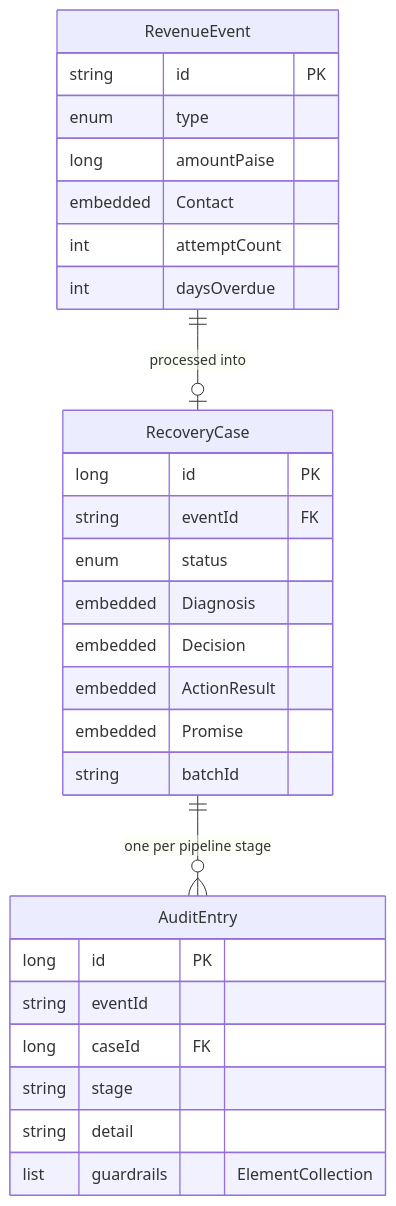
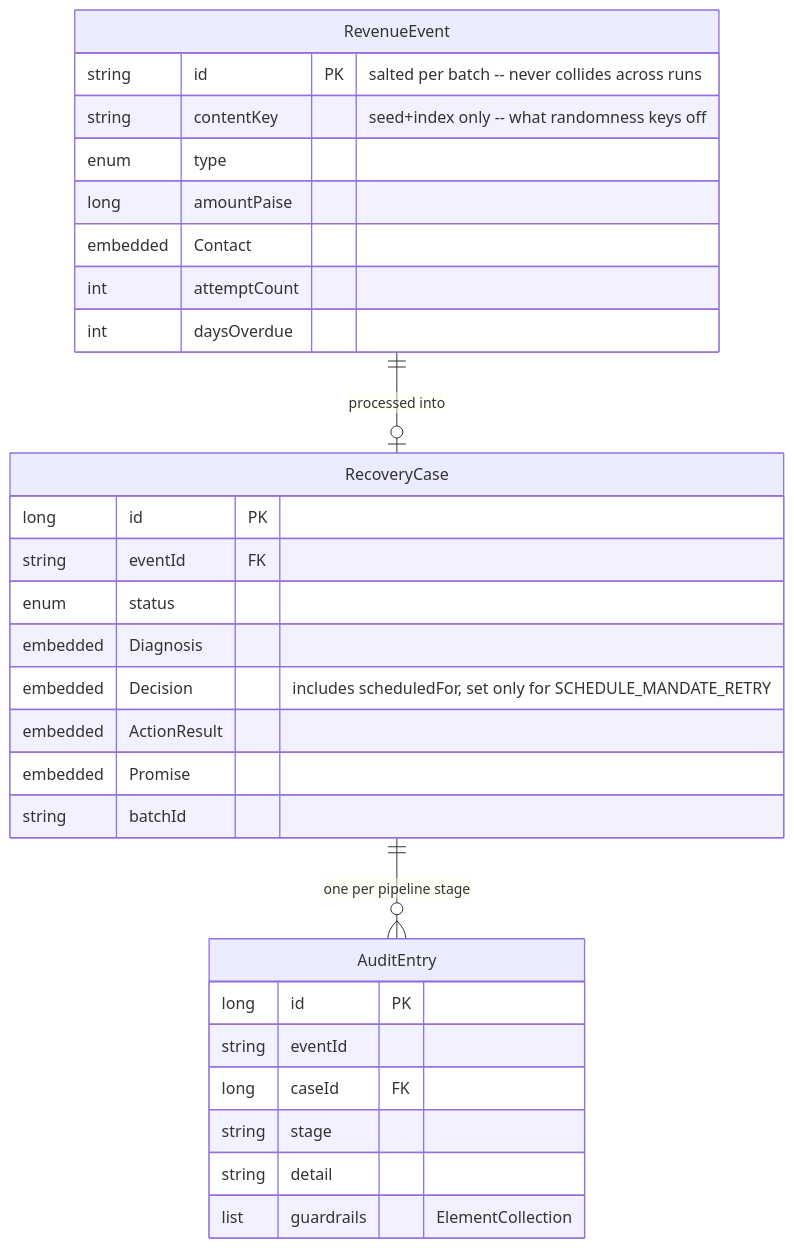
Before and after one commit to Siddardha-CH/razorpay-buildathon: the second of 2 diagrams in docs/ARCHITECTURE.md, drawn with Mermaid. The commit also changed other lines of this file and 18 other files, not shown here.

````diff
--- a/docs/ARCHITECTURE.md
+++ b/docs/ARCHITECTURE.md
@@ -55,32 +68,33 @@
 ```mermaid
 erDiagram
     RevenueEvent ||--o| RecoveryCase : "processed into"
     RecoveryCase ||--o{ AuditEntry : "one per pipeline stage"
 
     RevenueEvent {
-        string id PK
+        string id PK "salted per batch -- never collides across runs"
+        string contentKey "seed+index only -- what randomness keys off"
         enum type
         long amountPaise
         embedded Contact
         int attemptCount
         int daysOverdue
     }
     RecoveryCase {
         long id PK
         string eventId FK
         enum status
         embedded Diagnosis
-        embedded Decision
+        embedded Decision "includes scheduledFor, set only for SCHEDULE_MANDATE_RETRY"
         embedded ActionResult
         embedded Promise
         string batchId
     }
     AuditEntry {
         long id PK
         string eventId
         long caseId FK
         string stage
         string detail
         list guardrails "ElementCollection<GuardrailCheck>"
     }
 ```
````
